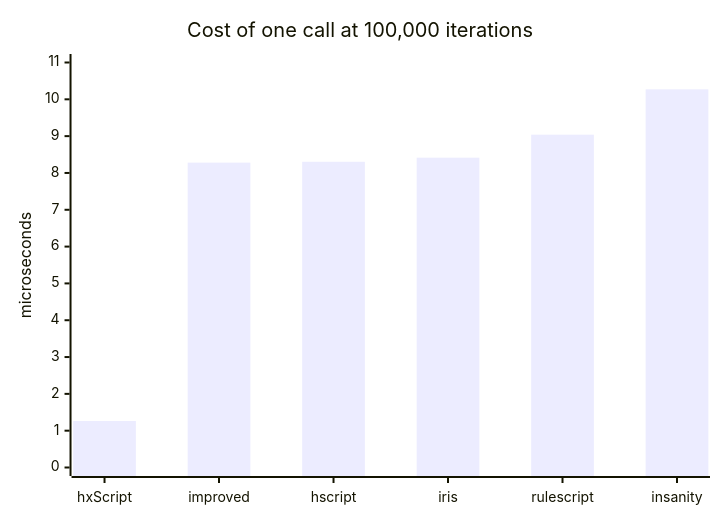
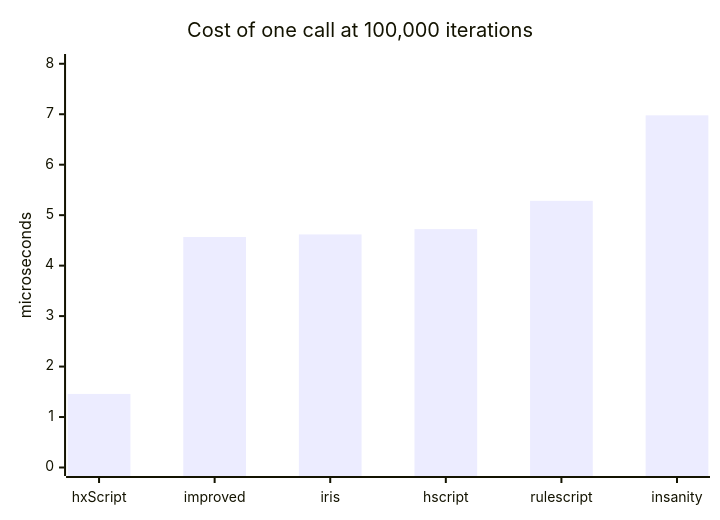
Before and after one commit to MeguminBOT/hxscript: the second of 2 diagrams in docs/benchmarks.md, drawn with Mermaid. The commit also changed other lines of this file and 4 other files, not shown here.

````diff
--- a/docs/benchmarks.md
+++ b/docs/benchmarks.md
@@ -200,7 +211,7 @@
 ```mermaid
 xychart-beta
     title "Cost of one call at 100,000 iterations"
-    x-axis ["hxScript", "improved", "hscript", "iris", "rulescript", "insanity"]
-    y-axis "microseconds" 0 --> 11
-    bar [1.262, 8.281, 8.303, 8.415, 9.040, 10.271]
+    x-axis ["hxScript", "improved", "iris", "hscript", "rulescript", "insanity"]
+    y-axis "microseconds" 0 --> 8.025
+    bar [1.458, 4.568, 4.618, 4.723, 5.284, 6.978]
 ```
````
